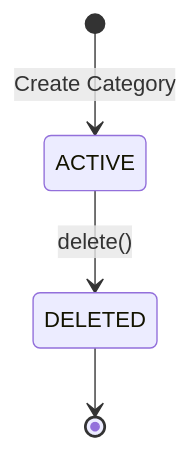
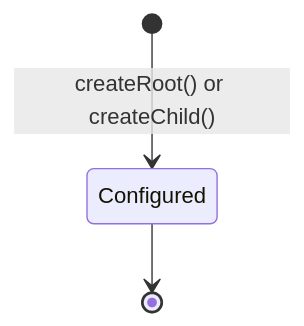
One commit to khinemyaezin/grab changed the third of 3 diagrams in docs/spec/domain/catalog/architecture/category-domain-spec.md. Above: the diagram before and after it, drawn with Mermaid. The commit also changed other lines of this file and 47 other files, not shown here.

````diff
--- a/docs/spec/domain/catalog/architecture/category-domain-spec.md
+++ b/docs/spec/domain/catalog/architecture/category-domain-spec.md
@@ -97,6 +68,5 @@
 ```mermaid
 stateDiagram-v2
-    [*] --> ACTIVE : Create Category
-    ACTIVE --> DELETED : delete()
-    DELETED --> [*]
+    [*] --> Configured : createRoot() or createChild()
+    Configured --> [*]
 ```
````
